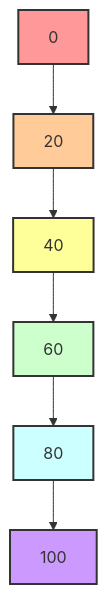
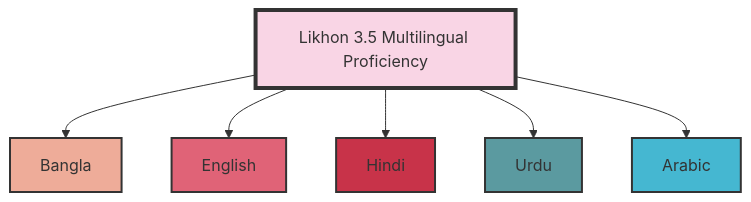
One commit to nectariferous/likhon-3.5 changed the fifth of 6 diagrams in README.md. Above: the diagram before and after it, drawn with Mermaid. The commit also changed other lines of this file, not shown here.

````diff
--- a/README.md
+++ b/README.md
@@ -216,15 +138,15 @@
 ```mermaid
 graph TD
-    A[0] --> B[20]
-    B --> C[40]
-    C --> D[60]
-    D --> E[80]
-    E --> F[100]
+    A[Likhon 3.5 Multilingual Proficiency] --> B[Bangla]
+    A --> C[English]
+    A --> D[Hindi]
+    A --> E[Urdu]
+    A --> F[Arabic]
     
-    style A fill:#ff9999,stroke:#333,stroke-width:2px
-    style B fill:#ffcc99,stroke:#333,stroke-width:2px
-    style C fill:#ffff99,stroke:#333,stroke-width:2px
-    style D fill:#ccffcc,stroke:#333,stroke-width:2px
-    style E fill:#ccffff,stroke:#333,stroke-width:2px
-    style F fill:#cc99ff,stroke:#333,stroke-width:2px
+    style A fill:#f9d5e5,stroke:#333,stroke-width:4px
+    style B fill:#eeac99,stroke:#333,stroke-width:2px
+    style C fill:#e06377,stroke:#333,stroke-width:2px
+    style D fill:#c83349,stroke:#333,stroke-width:2px
+    style E fill:#5b9aa0,stroke:#333,stroke-width:2px
+    style F fill:#45b7d1,stroke:#333,stroke-width:2px
 ```
````
